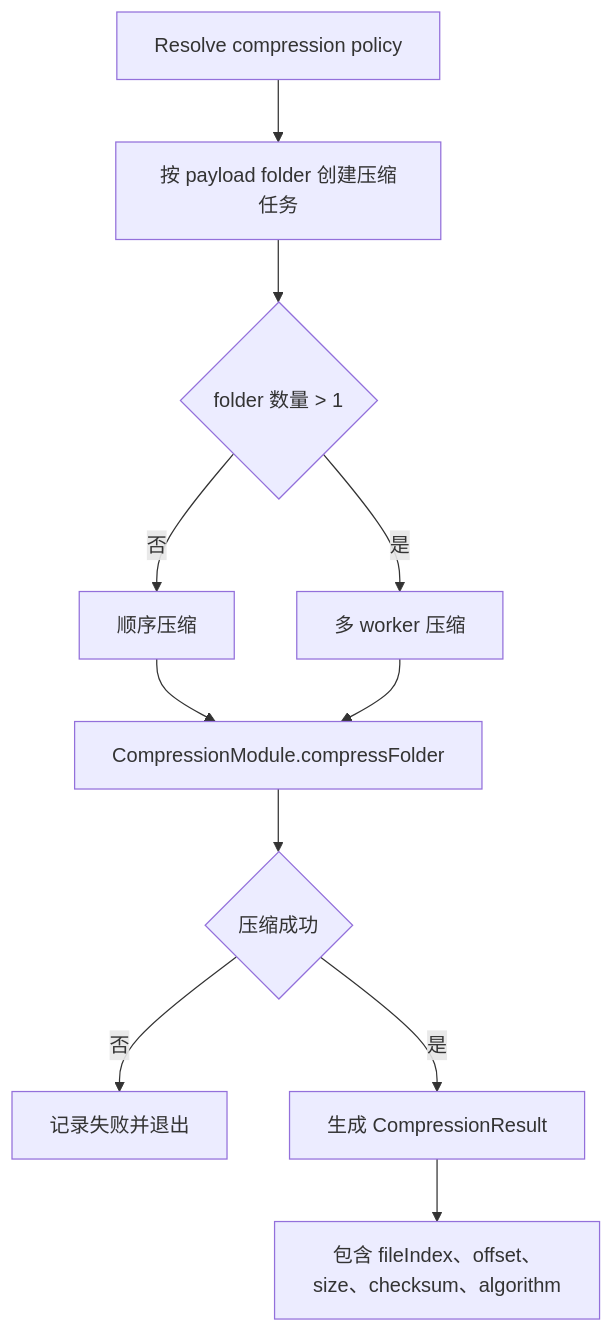
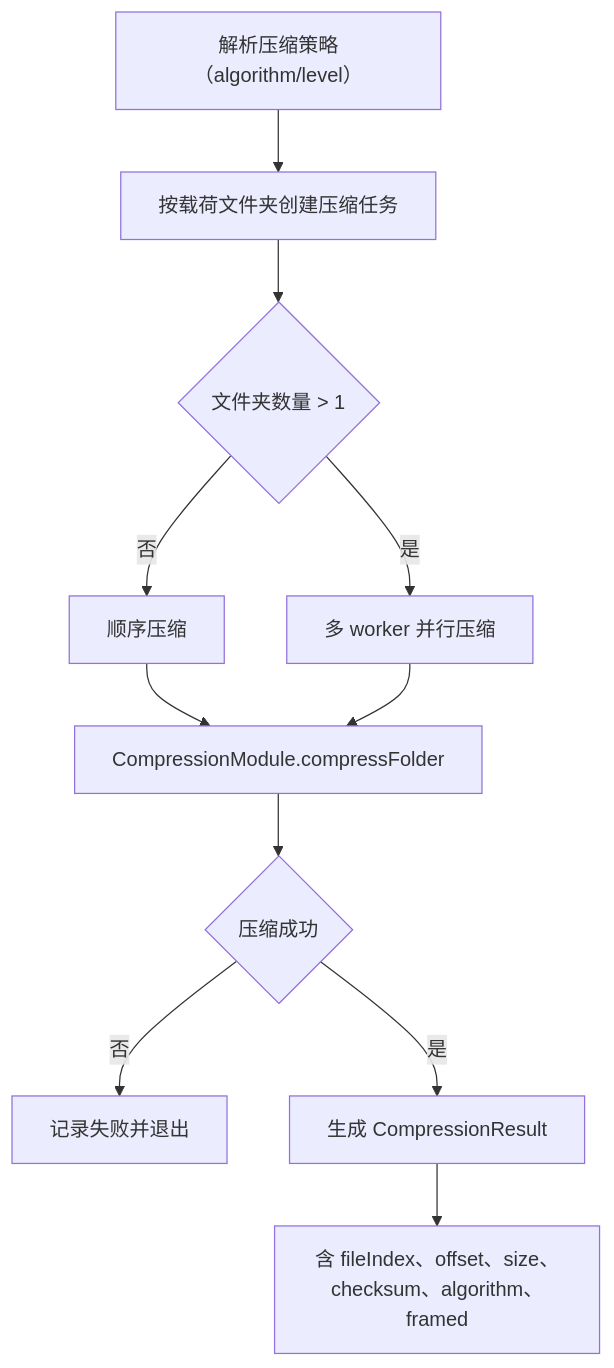
The fourth of 6 diagrams in docs/打包器流程图.md (lu020218/Multi-Threaded_Installer), drawn with Mermaid before and after one commit. The commit also changed other lines of this file and 78 other files, not shown here.

````diff
--- a/docs/打包器流程图.md
+++ b/docs/打包器流程图.md
@@ -71,13 +69,13 @@
 ```mermaid
 flowchart TD
-    A["Resolve compression policy"] --> B["按 payload folder 创建压缩任务"]
-    B --> C{"folder 数量 > 1"}
+    A["解析压缩策略（algorithm/level）"] --> B["按载荷文件夹创建压缩任务"]
+    B --> C{"文件夹数量 > 1"}
     C -->|否| D["顺序压缩"]
-    C -->|是| E["多 worker 压缩"]
+    C -->|是| E["多 worker 并行压缩"]
     D --> F["CompressionModule.compressFolder"]
     E --> F
     F --> G{"压缩成功"}
     G -->|否| G1["记录失败并退出"]
     G -->|是| H["生成 CompressionResult"]
-    H --> I["包含 fileIndex、offset、size、checksum、algorithm"]
+    H --> I["含 fileIndex、offset、size、checksum、algorithm、framed"]
 ```
````
